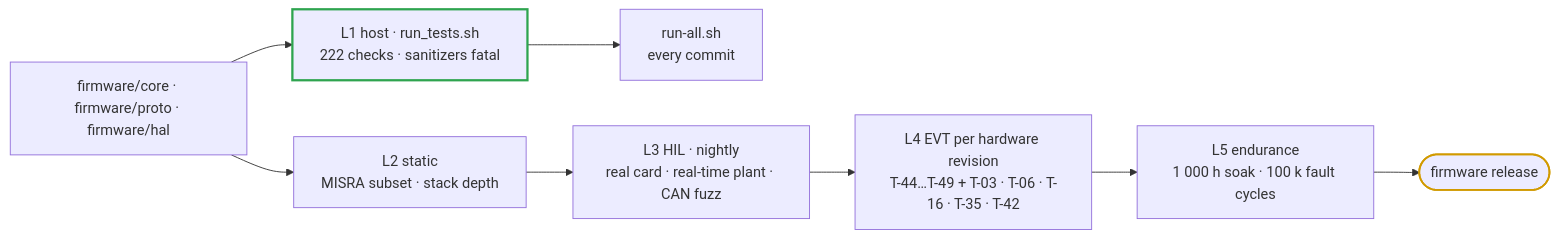
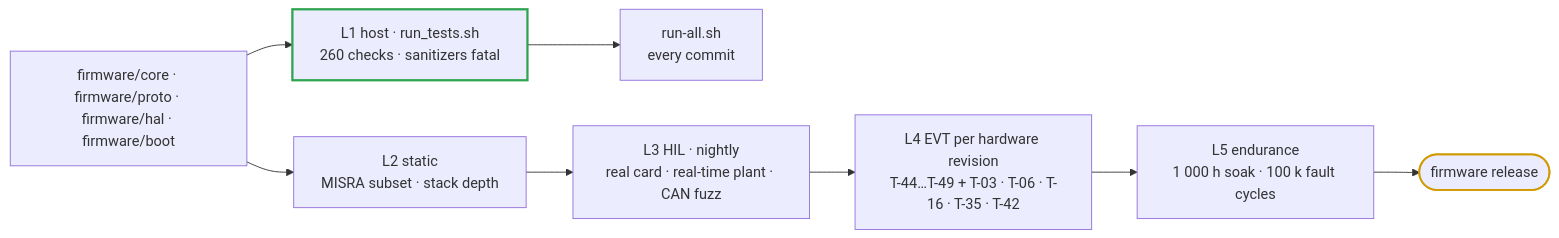
One commit to vectivolt/DC-Modules changed the diagram in docs/firmware-verification.md. Above: the diagram before and after it, drawn with Mermaid. The commit also changed other lines of this file and 196 other files, not shown here.

````diff
--- a/docs/firmware-verification.md
+++ b/docs/firmware-verification.md
@@ -35,12 +35,12 @@
 ```mermaid
 flowchart LR
-  SRC["firmware/core · firmware/proto · firmware/hal"] --> L1["L1 host · run_tests.sh<br/>222 checks · sanitizers fatal"]
+  SRC["firmware/core · firmware/proto · firmware/hal · firmware/boot"] --> L1["L1 host · run_tests.sh<br/>260 checks · sanitizers fatal"]
   SRC --> L2["L2 static<br/>MISRA subset · stack depth"]
   L1 --> RA["run-all.sh<br/>every commit"]
   L2 --> L3["L3 HIL · nightly<br/>real card · real-time plant · CAN fuzz"]
   L3 --> L4["L4 EVT per hardware revision<br/>T-44…T-49 + T-03 · T-06 · T-16 · T-35 · T-42"]
   L4 --> L5["L5 endurance<br/>1 000 h soak · 100 k fault cycles"]
   L5 --> REL(["firmware release"])
   style L1 stroke:#2ea44f,stroke-width:2.5px
   style REL stroke:#d19a00,stroke-width:2px
 ```
````
